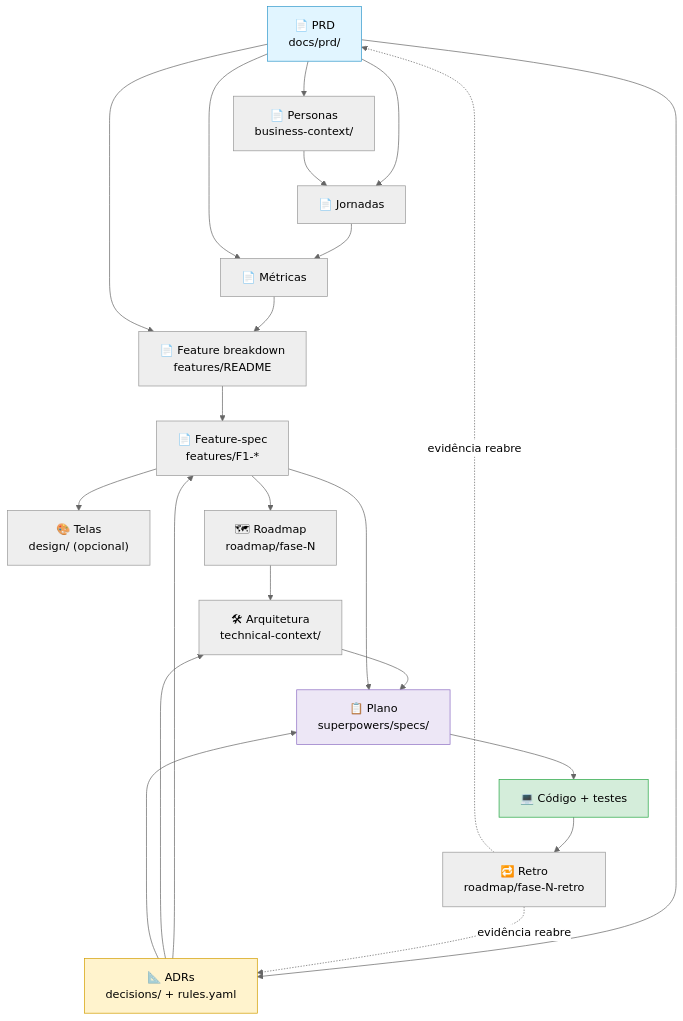
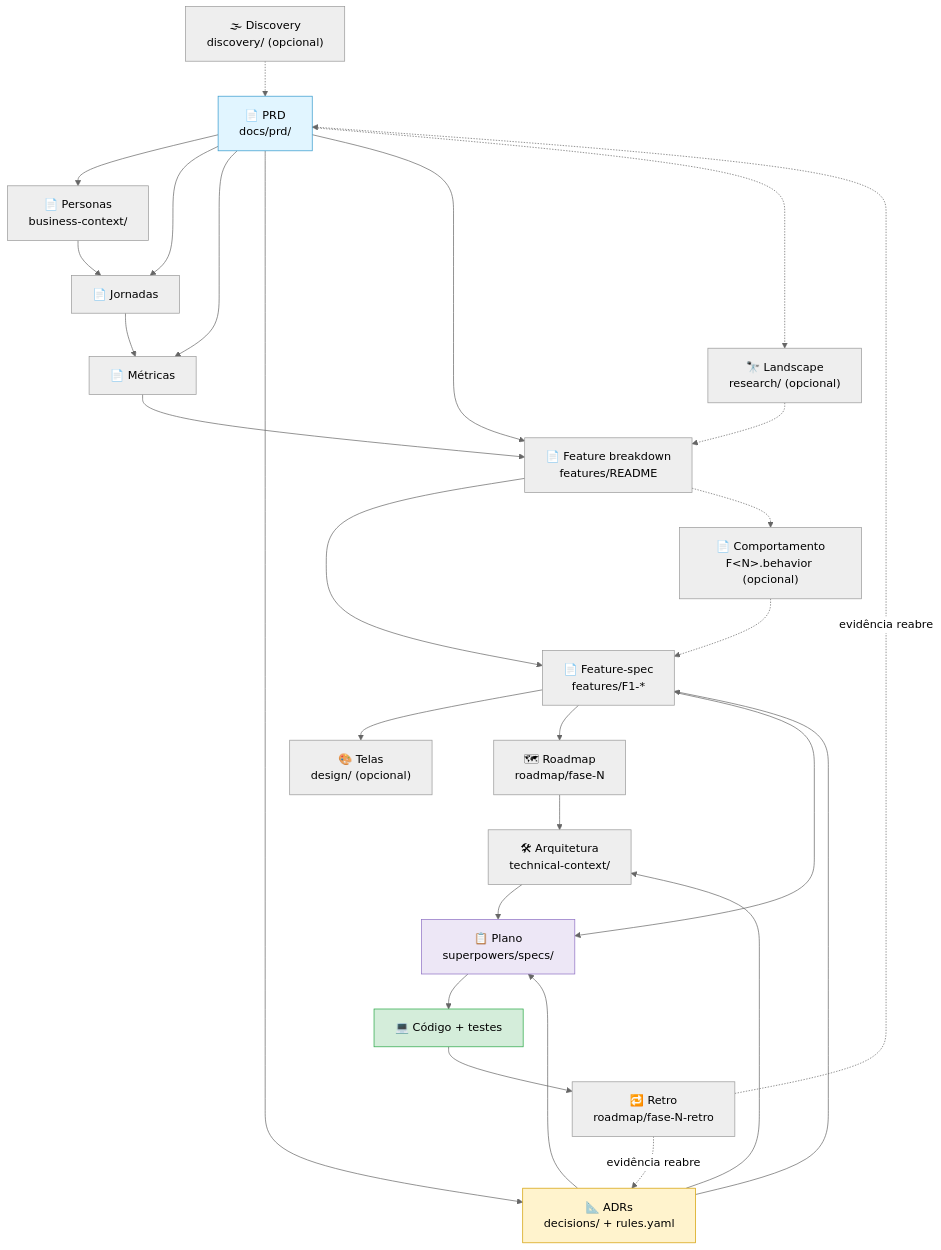
Before and after one commit to AInsteinsBR/renata: the fourth of 5 diagrams in GETTING-STARTED.pt-br.md, drawn with Mermaid (neutral theme). The commit also changed other lines of this file, not shown here.

````diff
--- a/GETTING-STARTED.pt-br.md
+++ b/GETTING-STARTED.pt-br.md
@@ -203,34 +210,39 @@
 ```mermaid
 flowchart TD
-    PRD["📄 PRD<br/>docs/prd/"] --> PERS["📄 Personas<br/>business-context/"]
+    DISC["🌫 Discovery<br/>discovery/ (opcional)"] -.-> PRD["📄 PRD<br/>docs/prd/"]
+    PRD --> PERS["📄 Personas<br/>business-context/"]
     PRD --> JOR["📄 Jornadas"]
     PERS --> JOR
     JOR --> MET["📄 Métricas"]
     PRD --> MET
     PRD --> ADR["📐 ADRs<br/>decisions/ + rules.yaml"]
     MET --> FEAT["📄 Feature breakdown<br/>features/README"]
     PRD --> FEAT
+    PRD -.-> LAND["🔭 Landscape<br/>research/ (opcional)"]
+    LAND -.-> FEAT
     ADR --> SPEC["📄 Feature-spec<br/>features/F1-*"]
     FEAT --> SPEC
+    FEAT -.-> BEH["📄 Comportamento<br/>F&lt;N&gt;.behavior (opcional)"]
+    BEH -.-> SPEC
     SPEC --> SCR["🎨 Telas<br/>design/ (opcional)"]
     SPEC --> ROAD["🗺 Roadmap<br/>roadmap/fase-N"]
     ROAD --> ARQ["🛠 Arquitetura<br/>technical-context/"]
     ADR --> ARQ
     ARQ --> PLAN["📋 Plano<br/>superpowers/specs/"]
     SPEC --> PLAN
     ADR --> PLAN
     PLAN --> CODE["💻 Código + testes"]
     CODE --> RETRO["🔁 Retro<br/>roadmap/fase-N-retro"]
     RETRO -.evidência reabre.-> PRD
     RETRO -.evidência reabre.-> ADR
 
     classDef root fill:#e1f5ff,stroke:#3399cc,color:#000
     classDef adr  fill:#fff3cd,stroke:#d39e00,color:#000
     classDef code fill:#d4edda,stroke:#28a745,color:#000
     classDef plan fill:#ede7f6,stroke:#8e6fc4,color:#000
 
     class PRD root
     class ADR adr
     class CODE code
     class PLAN plan
 ```
````
